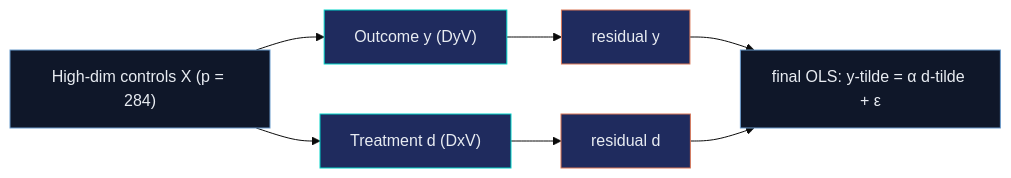
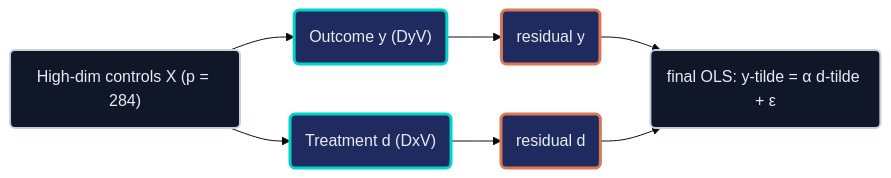
One commit to cmg777/starter-academic-v501 changed the second of 4 diagrams in content/post/stata_double_lasso/index.md. Above: the diagram before and after it, drawn with Mermaid (base theme). The commit also changed other lines of this file and 13 other files, not shown here.

First line of the commit message:
content(mermaid): restyle flowcharts in Stata posts, batch 1 of 2

````diff
--- a/content/post/stata_double_lasso/index.md
+++ b/content/post/stata_double_lasso/index.md
@@ -389,15 +389,15 @@
 ```mermaid
 flowchart LR
-    Z["High-dim controls X (p = 284)"] --> Y["Outcome y (DyV)"]
-    Z --> D["Treatment d (DxV)"]
-    Y --> R1["residual y"]
-    D --> R2["residual d"]
-    R1 --> A["final OLS: y-tilde = &alpha; d-tilde + &epsilon;"]
+    Z("High-dim controls X (p = 284)") --> Y("Outcome y (DyV)")
+    Z --> D("Treatment d (DxV)")
+    Y --> R1("residual y")
+    D --> R2("residual d")
+    R1 --> A("final OLS: y-tilde = &alpha; d-tilde + &epsilon;")
     R2 --> A
-    style Z fill:#0f1729,stroke:#6a9bcc,color:#e8ecf2
-    style Y fill:#1f2b5e,stroke:#00d4c8,color:#e8ecf2
-    style D fill:#1f2b5e,stroke:#00d4c8,color:#e8ecf2
-    style R1 fill:#1f2b5e,stroke:#d97757,color:#e8ecf2
-    style R2 fill:#1f2b5e,stroke:#d97757,color:#e8ecf2
-    style A fill:#0f1729,stroke:#6a9bcc,color:#e8ecf2
+    classDef anchor fill:#0f1729,stroke:#c8d0e0,stroke-width:2px,color:#e8ecf2
+    classDef teal fill:#1f2b5e,stroke:#00d4c8,stroke-width:3px,color:#e8ecf2
+    classDef orange fill:#1f2b5e,stroke:#d97757,stroke-width:3px,color:#e8ecf2
+    class Z,A anchor
+    class Y,D teal
+    class R1,R2 orange
 ```
````
